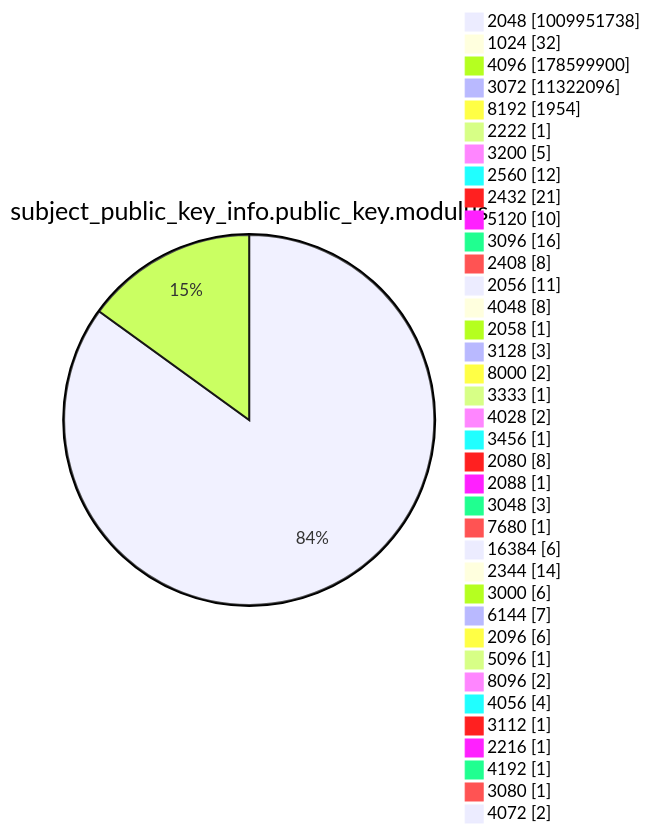
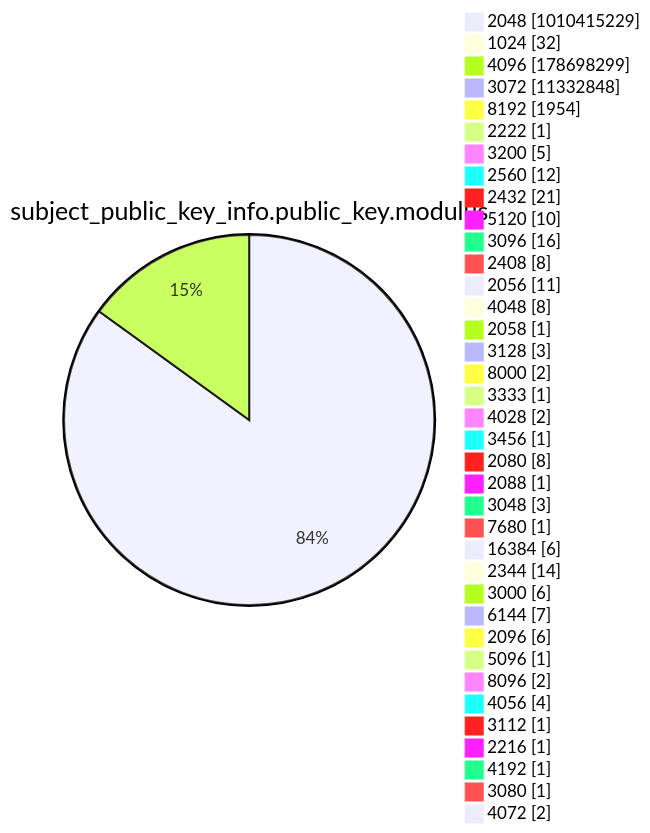
Diagram 13 of 15 in argon2022/README.md (christiankrug/ctmonitor_visualization), drawn with Mermaid before and after one commit. The commit also changed other lines of this file, not shown here.

````diff
--- a/argon2022/README.md
+++ b/argon2022/README.md
@@ -3588,41 +3588,41 @@
 ```mermaid
 pie showData
 title subject_public_key_info.public_key.modulus
-"2048" :1009951738
+"2048" :1010415229
 "1024" :32
-"4096" :178599900
-"3072" :11322096
+"4096" :178698299
+"3072" :11332848
 "8192" :1954
 "2222" :1
 "3200" :5
 "2560" :12
 "2432" :21
 "5120" :10
 "3096" :16
 "2408" :8
 "2056" :11
 "4048" :8
 "2058" :1
 "3128" :3
 "8000" :2
 "3333" :1
 "4028" :2
 "3456" :1
 "2080" :8
 "2088" :1
 "3048" :3
 "7680" :1
 "16384" :6
 "2344" :14
 "3000" :6
 "6144" :7
 "2096" :6
 "5096" :1
 "8096" :2
 "4056" :4
 "3112" :1
 "2216" :1
 "4192" :1
 "3080" :1
 "4072" :2
 ```
````
